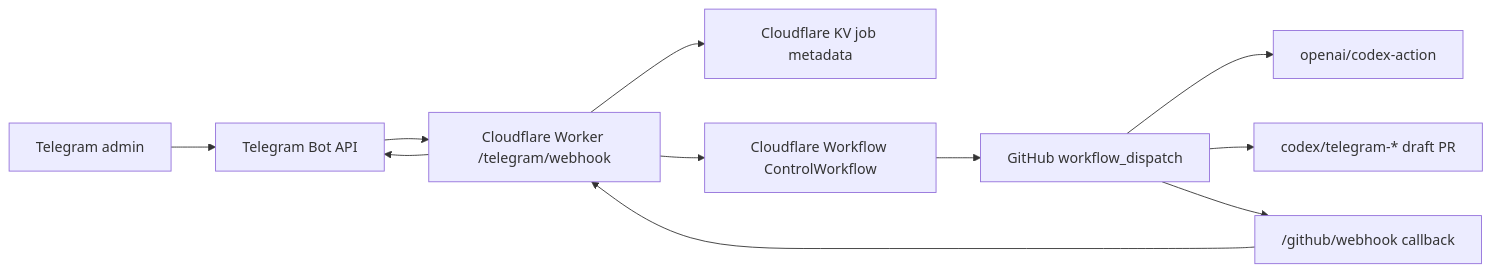
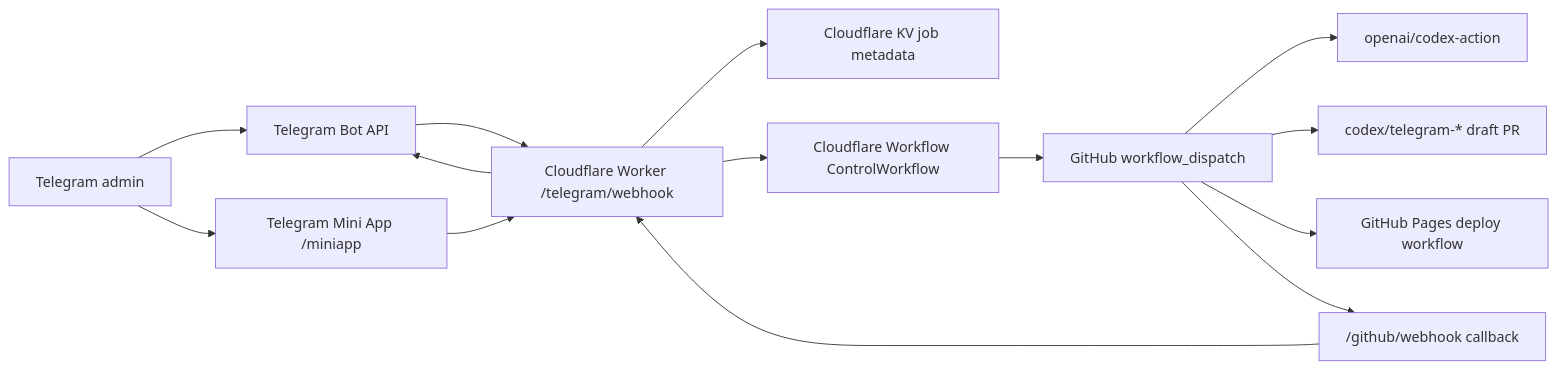
One commit to Yehor212/people-first-app changed the diagram in docs/ai/TELEGRAM_CONTROL_PLANE.md. Above: the diagram before and after it, drawn with Mermaid. The commit also changed other lines of this file and 15 other files, not shown here.

Commit message:
batch: complete telegram control miniapp deploy gates

````diff
--- a/docs/ai/TELEGRAM_CONTROL_PLANE.md
+++ b/docs/ai/TELEGRAM_CONTROL_PLANE.md
@@ -12,13 +13,16 @@
 ```mermaid
 flowchart LR
   Admin["Telegram admin"] --> Bot["Telegram Bot API"]
   Bot --> Worker["Cloudflare Worker /telegram/webhook"]
+  Admin --> MiniApp["Telegram Mini App /miniapp"]
+  MiniApp --> Worker
   Worker --> KV["Cloudflare KV job metadata"]
   Worker --> Workflow["Cloudflare Workflow ControlWorkflow"]
   Workflow --> GitHub["GitHub workflow_dispatch"]
   GitHub --> Codex["openai/codex-action"]
   GitHub --> PR["codex/telegram-* draft PR"]
+  GitHub --> PagesDeploy["GitHub Pages deploy workflow"]
   GitHub --> Callback["/github/webhook callback"]
   Callback --> Worker
   Worker --> Bot
 ```
````
